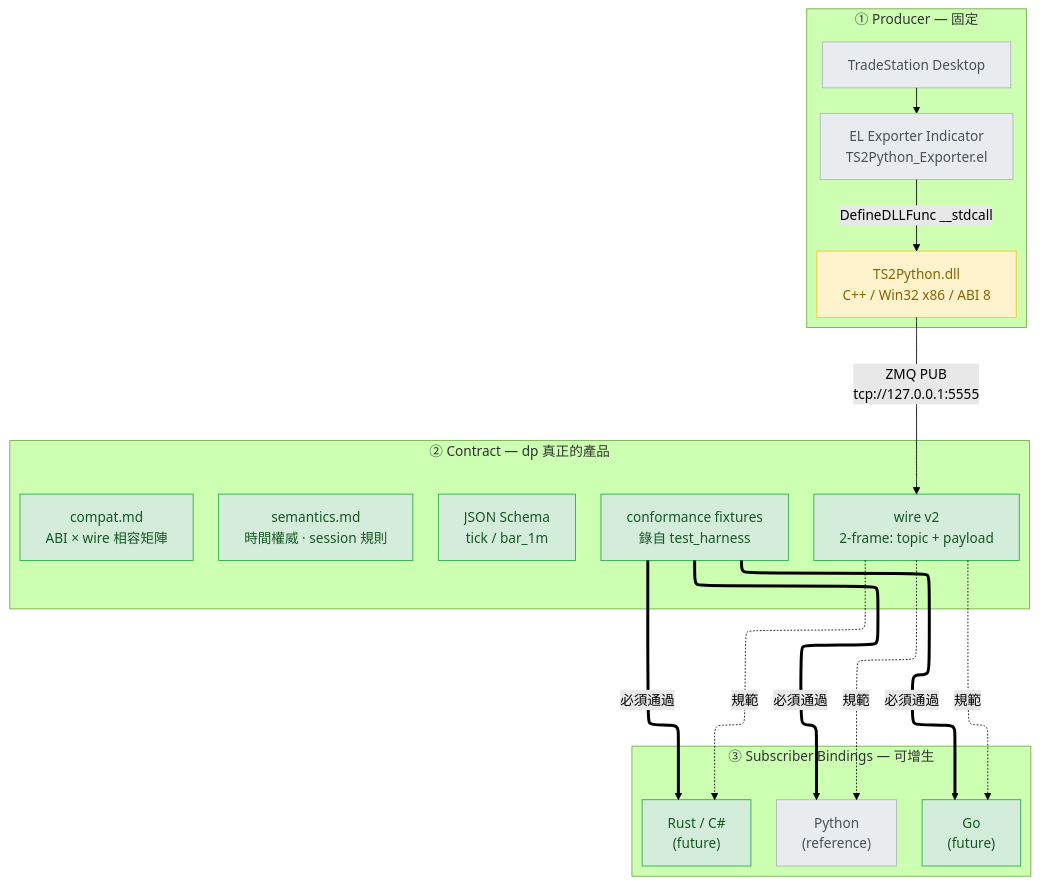
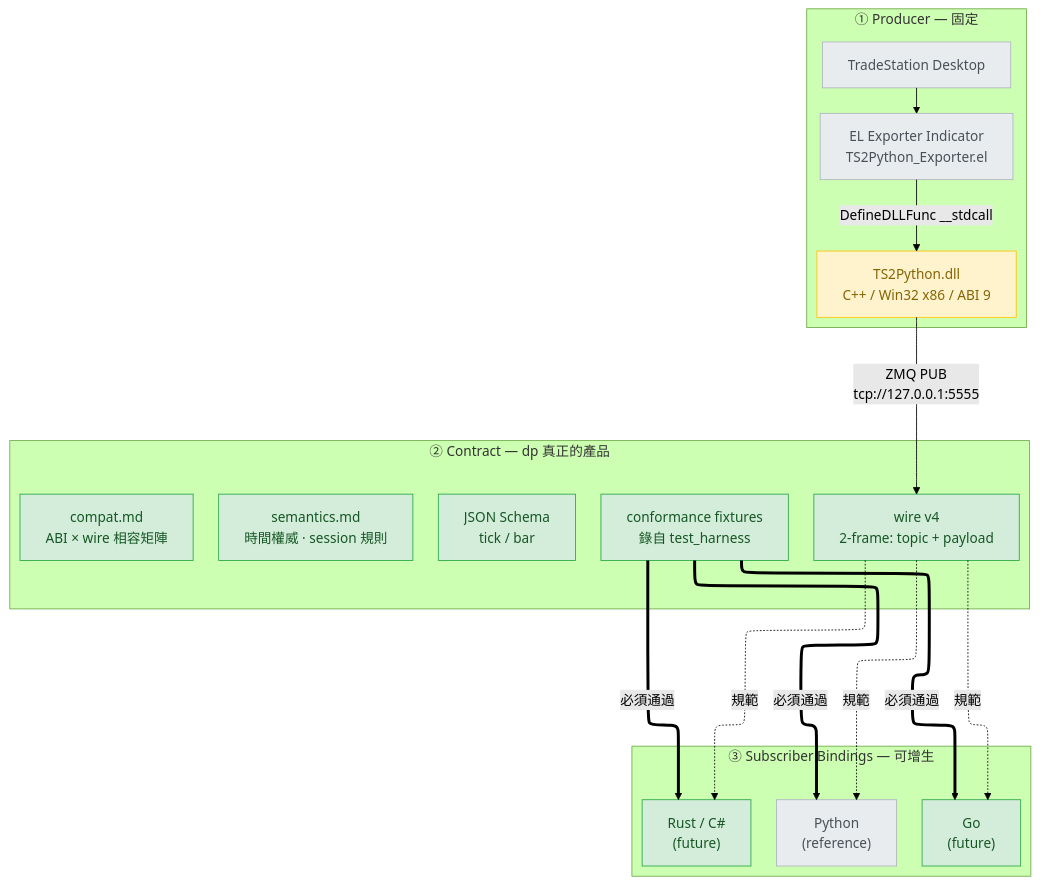
The first of 4 diagrams in docs/architecture.md (millerlai/tradestation-data-provider), drawn with Mermaid (forest theme) before and after one commit. The commit also changed other lines of this file and 47 other files, not shown here.

````diff
--- a/docs/architecture.md
+++ b/docs/architecture.md
@@ -42,47 +42,47 @@
 ```mermaid
 ---
 config:
   flowchart:
     defaultRenderer: elk
 ---
 flowchart TB
     subgraph PROD["① Producer — 固定"]
         direction TB
         TS["TradeStation Desktop"]
         EL["EL Exporter Indicator<br/>TS2Python_Exporter.el"]
-        DLL["TS2Python.dll<br/>C++ / Win32 x86 / ABI 8"]
+        DLL["TS2Python.dll<br/>C++ / Win32 x86 / ABI 9"]
         TS --> EL
         EL -->|"DefineDLLFunc __stdcall"| DLL
     end
 
     subgraph CON["② Contract — dp 真正的產品"]
         direction TB
-        WIRE["wire v2<br/>2-frame: topic + payload"]
-        SCHEMA["JSON Schema<br/>tick / bar_1m"]
+        WIRE["wire v4<br/>2-frame: topic + payload"]
+        SCHEMA["JSON Schema<br/>tick / bar"]
         SEM["semantics.md<br/>時間權威 · session 規則"]
         FIX["conformance fixtures<br/>錄自 test_harness"]
         COMPAT["compat.md<br/>ABI × wire 相容矩陣"]
     end
 
     subgraph BIND["③ Subscriber Bindings — 可增生"]
         direction LR
         PY["Python<br/>(reference)"]
         GO["Go<br/>(future)"]
         RS["Rust / C#<br/>(future)"]
     end
 
     DLL -->|"ZMQ PUB<br/>tcp://127.0.0.1:5555"| WIRE
     WIRE -.->|規範| PY
     WIRE -.->|規範| GO
     WIRE -.->|規範| RS
     FIX ==>|必須通過| PY
     FIX ==>|必須通過| GO
     FIX ==>|必須通過| RS
 
     classDef existing fill:#e9ecef,stroke:#adb5bd,color:#495057
     classDef added fill:#d4edda,stroke:#28a745,color:#155724
     classDef modified fill:#fff3cd,stroke:#ffc107,color:#856404
     class TS,EL,PY existing
     class DLL modified
     class WIRE,SCHEMA,SEM,FIX,COMPAT,GO,RS added
 ```
````
